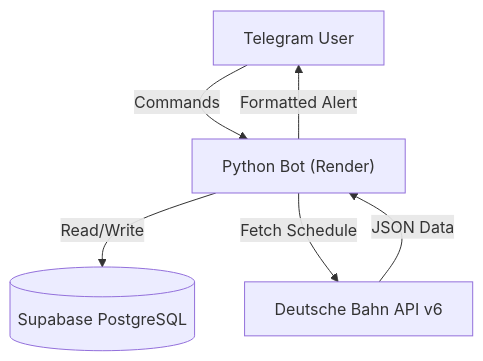
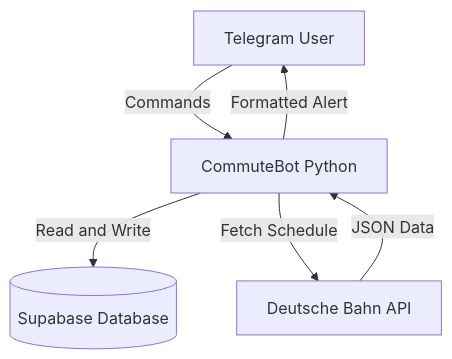
Before and after one commit to ravindu47/db-delay-notifier: the diagram in README.md, drawn with Mermaid.

Commit message:
Update system architecture diagram in README

````diff
--- a/README.md
+++ b/README.md
@@ -62,9 +62,8 @@
 ```mermaid
 graph TD
-    User[Telegram User] -->|Commands| Bot["Python Bot (Render)"]
-    Bot -->|Read/Write| DB[("Supabase PostgreSQL")]
-    Bot -->|Fetch Schedule| API["Deutsche Bahn API v6"]
+    User[Telegram User] -->|Commands| Bot[CommuteBot Python]
+    Bot -->|Read and Write| DB[(Supabase Database)]
+    Bot -->|Fetch Schedule| API[Deutsche Bahn API]
     API -->|JSON Data| Bot
     Bot -->|Formatted Alert| User
-
 ```
````
